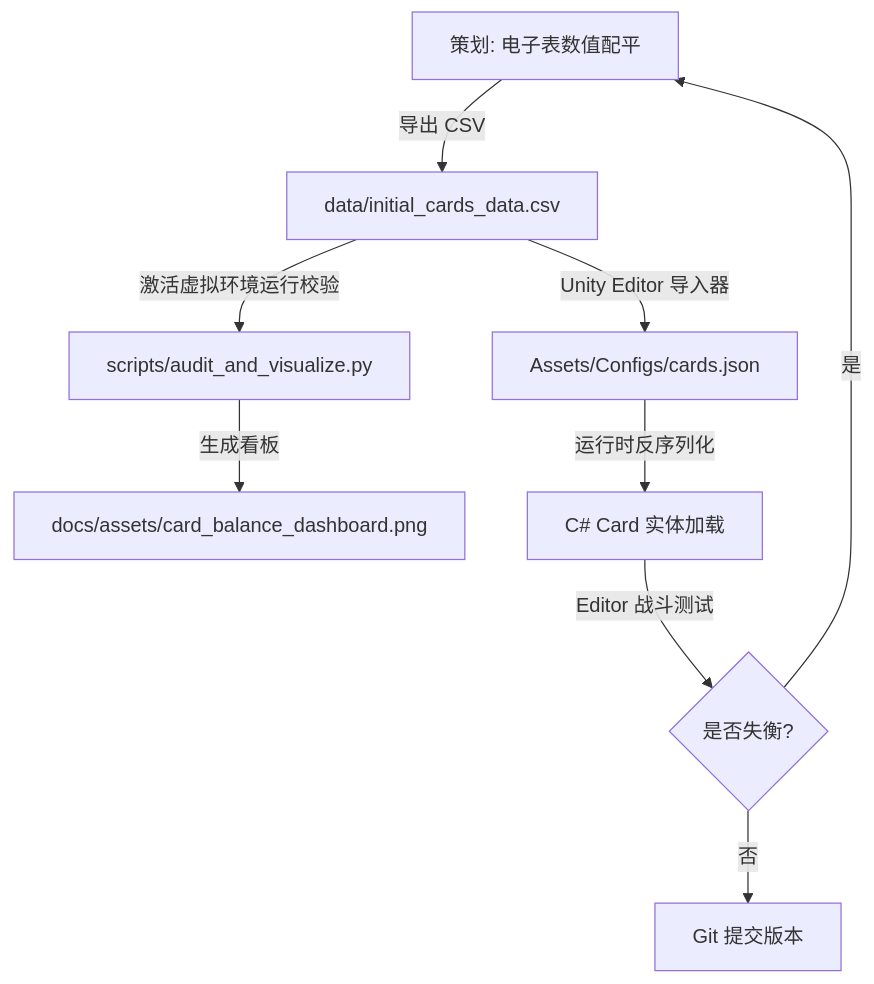
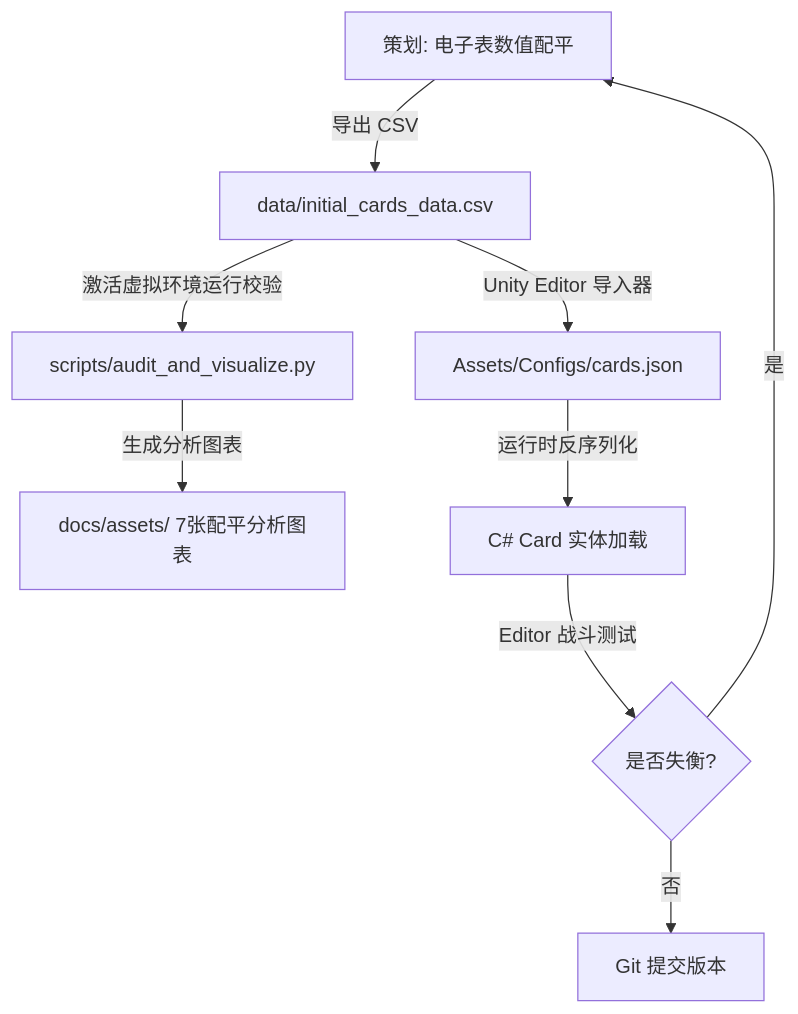
One commit to Royallseal/card-glucose-master changed the diagram in docs/sop_project_dev.md. Above: the diagram before and after it, drawn with Mermaid. The commit also changed other lines of this file and 3 other files, not shown here.

````diff
--- a/docs/sop_project_dev.md
+++ b/docs/sop_project_dev.md
@@ -9,11 +9,11 @@
 ```mermaid
 graph TD
     A[策划: 电子表数值配平] -->|导出 CSV| B[data/initial_cards_data.csv]
     B -->|激活虚拟环境运行校验| H[scripts/audit_and_visualize.py]
-    H -->|生成看板| I[docs/assets/card_balance_dashboard.png]
+    H -->|生成分析图表| I[docs/assets/ 7张配平分析图表]
     B -->|Unity Editor 导入器| C[Assets/Configs/cards.json]
     C -->|运行时反序列化| D[C# Card 实体加载]
     D -->|Editor 战斗测试| E{是否失衡?}
     E -->|是| A
     E -->|否| F[Git 提交版本]
 ```
````
